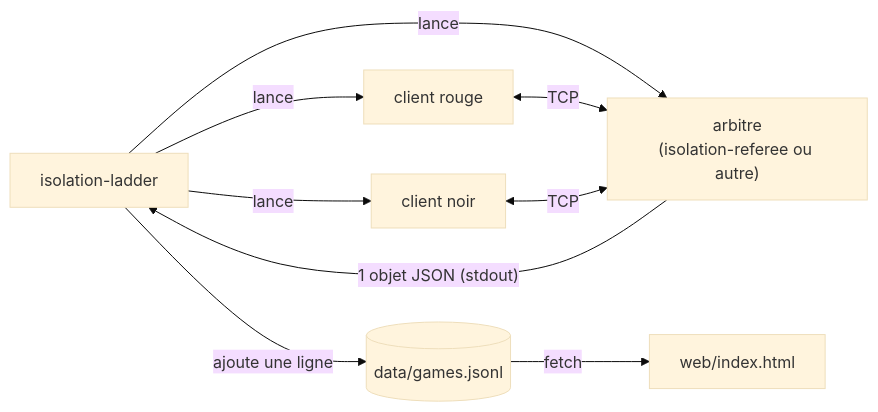
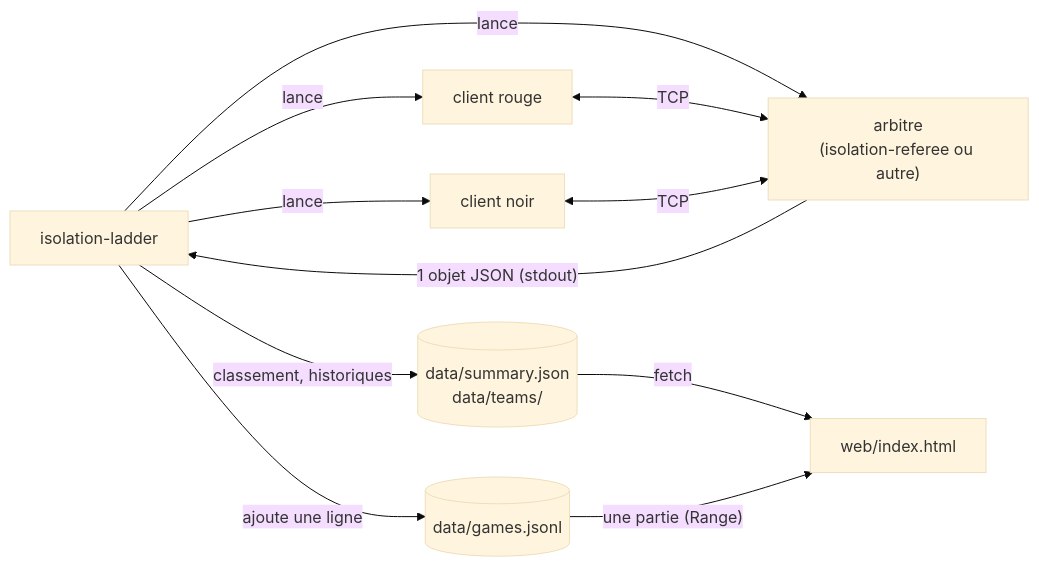
One commit to VianAtETS/LOG200-Scoreboard changed the first of 3 diagrams in docs/formats.md. Above: the diagram before and after it, drawn with Mermaid (base theme). The commit also changed other lines of this file and 14 other files, not shown here.

````diff
--- a/docs/formats.md
+++ b/docs/formats.md
@@ -5,18 +5,21 @@
 ```mermaid
 flowchart LR
     ladder[isolation-ladder]
     referee["arbitre<br/>(isolation-referee ou autre)"]
     red[client rouge]
     black[client noir]
     jsonl[(data/games.jsonl)]
+    page[("data/summary.json<br/>data/teams/")]
     web[web/index.html]
 
     ladder -- lance --> referee
     ladder -- lance --> red
     ladder -- lance --> black
     red <-- TCP --> referee
     black <-- TCP --> referee
     referee -- "1 objet JSON (stdout)" --> ladder
     ladder -- ajoute une ligne --> jsonl
-    jsonl -- fetch --> web
+    ladder -- classement, historiques --> page
+    page -- fetch --> web
+    jsonl -- "une partie (Range)" --> web
 ```
````
